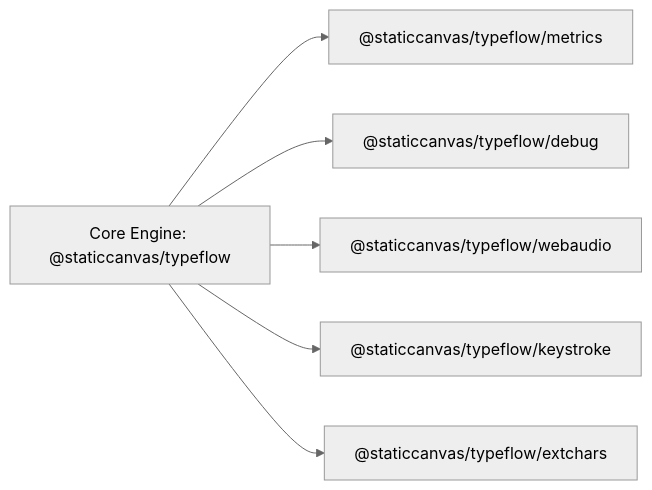
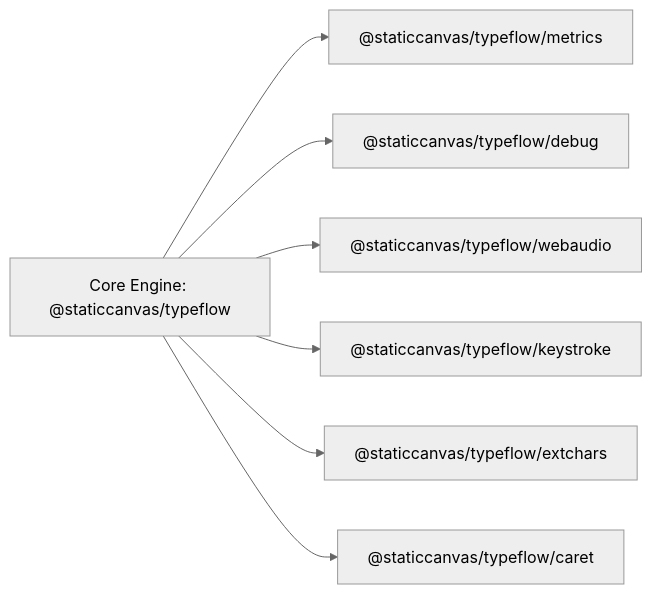
One commit to staticcanvas/typeflow changed the diagram in docs/content/guides/extensions.md. Above: the diagram before and after it, drawn with Mermaid (neutral theme). The commit also changed other lines of this file and 30 other files, not shown here.

````diff
--- a/docs/content/guides/extensions.md
+++ b/docs/content/guides/extensions.md
@@ -28,8 +30,9 @@
 ```mermaid
 graph LR
     A["Core Engine: @staticcanvas/typeflow"] --> B["@staticcanvas/typeflow/metrics"]
     A --> C["@staticcanvas/typeflow/debug"]
     A --> D["@staticcanvas/typeflow/webaudio"]
     A --> E["@staticcanvas/typeflow/keystroke"]
     A --> F["@staticcanvas/typeflow/extchars"]
+    A --> G["@staticcanvas/typeflow/caret"]
 ```
````
